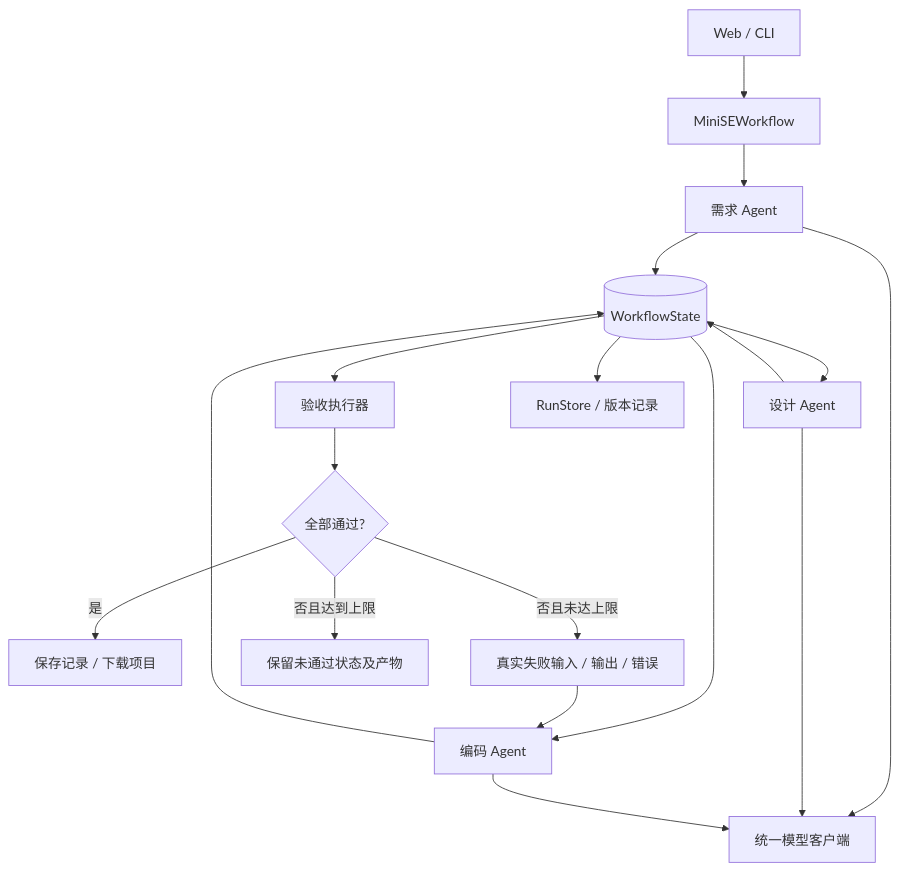
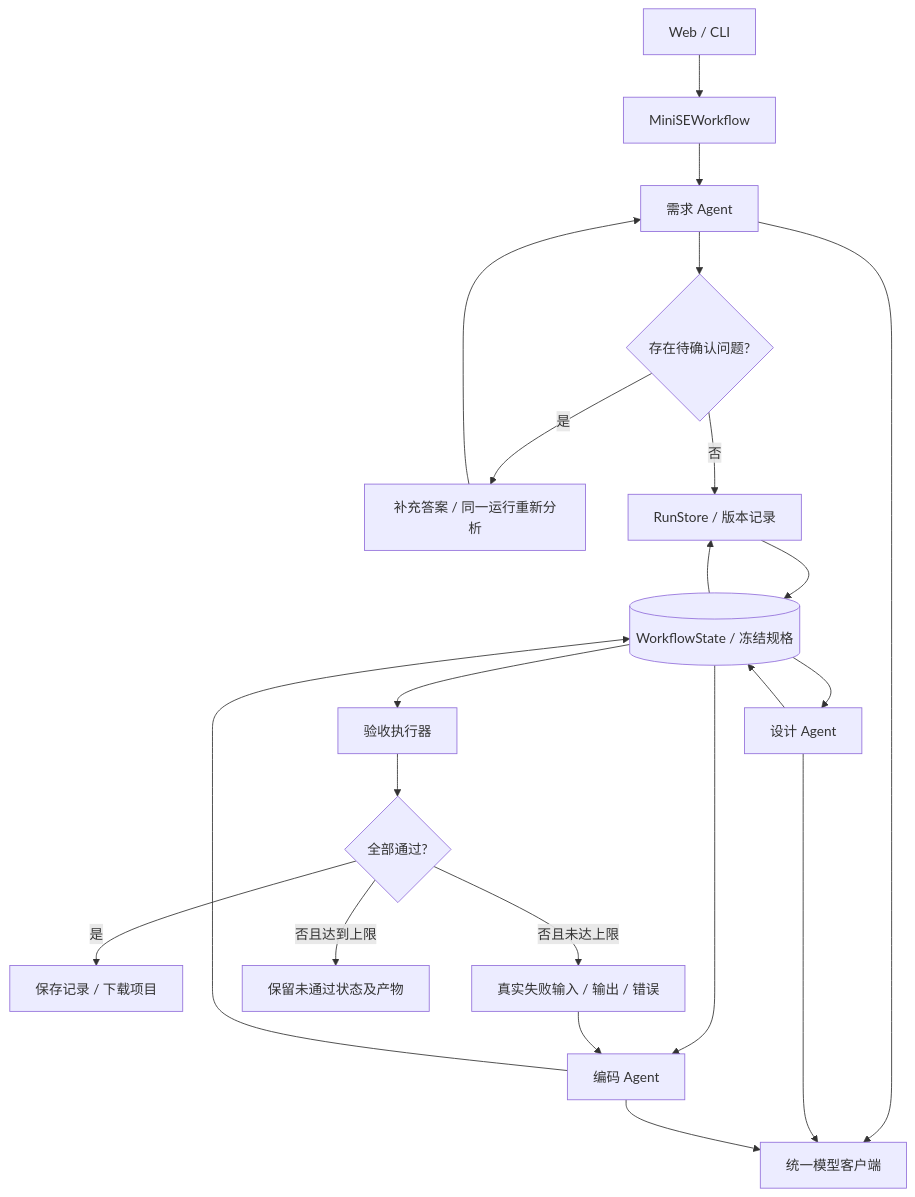
Before and after one commit to Citlali37/mini-se-workflow: the first of 2 diagrams in Design.md, drawn with Mermaid. The commit also changed other lines of this file and 9 other files, not shown here.

````diff
--- a/Design.md
+++ b/Design.md
@@ -9,18 +9,22 @@
 ```mermaid
 flowchart TD
     UI[Web / CLI] --> W[MiniSEWorkflow]
     W --> R[需求 Agent]
-    R --> S[(WorkflowState)]
+    R --> Q1{存在待确认问题?}
+    Q1 -- 是 --> I[补充答案 / 同一运行重新分析]
+    I --> R
+    Q1 -- 否 --> H[Web 需求编辑与确认 / CLI 可选]
+    H --> S[(WorkflowState / 冻结规格)]
     S --> D[设计 Agent]
     D --> S
     S --> C[编码 Agent]
     C --> S
     S --> V[验收执行器]
     V --> Q{全部通过?}
     Q -- 是 --> O[保存记录 / 下载项目]
     Q -- 否且未达上限 --> F[真实失败输入 / 输出 / 错误]
     F --> C
     Q -- 否且达到上限 --> N[保留未通过状态及产物]
     R & D & C --> L[统一模型客户端]
     S --> H[RunStore / 版本记录]
 ```
````
